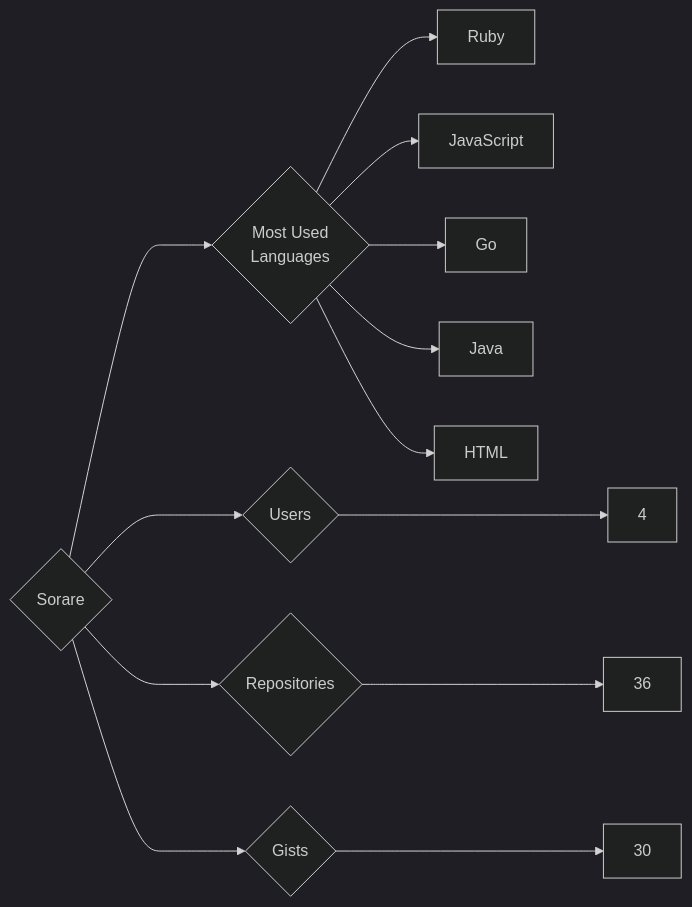
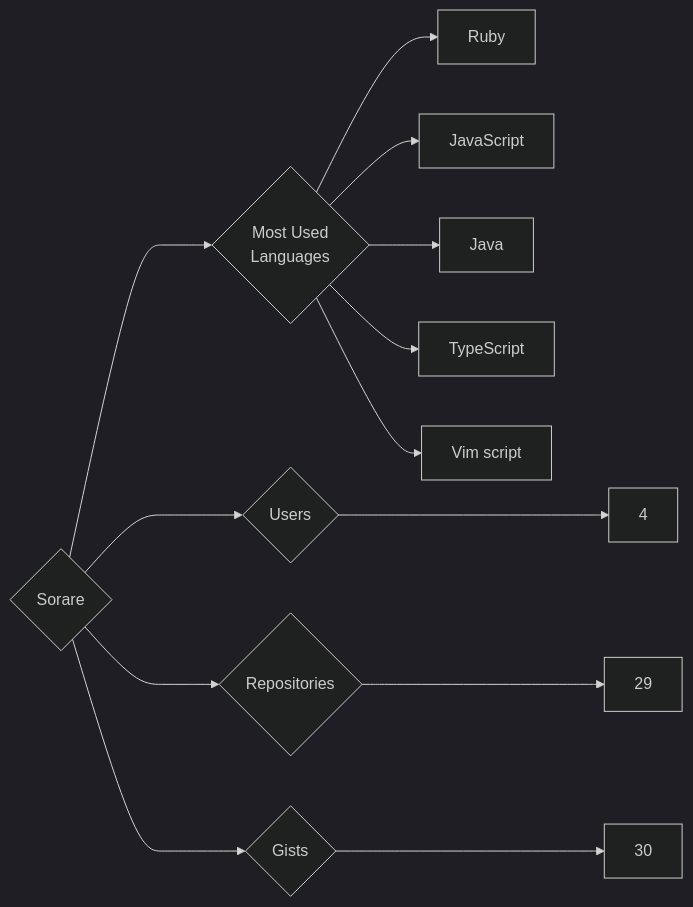
One commit to trickest/insiders changed the diagram in targets/Sorare/README.md. Above: the diagram before and after it, drawn with Mermaid (dark theme). The commit also changed 973 other files, not shown here.

````diff
--- a/targets/Sorare/README.md
+++ b/targets/Sorare/README.md
@@ -3,13 +3,13 @@
 ```mermaid
 graph LR
 COMPANY_NAME{Sorare}
 COMPANY_NAME ---> U{Users} ---> UN[4]
-COMPANY_NAME ---> R{Repositories} ---> RN[36]
+COMPANY_NAME ---> R{Repositories} ---> RN[29]
 COMPANY_NAME ---> G{Gists} ---> GN[30]
 COMPANY_NAME ---> ML{Most Used<br>Languages}
 ML --> Ruby[Ruby]
 ML --> JavaScript[JavaScript]
-ML --> Go[Go]
 ML --> Java[Java]
-ML --> HTML[HTML]
+ML --> TypeScript[TypeScript]
+ML --> Vim_script[Vim script]
 ```
````
